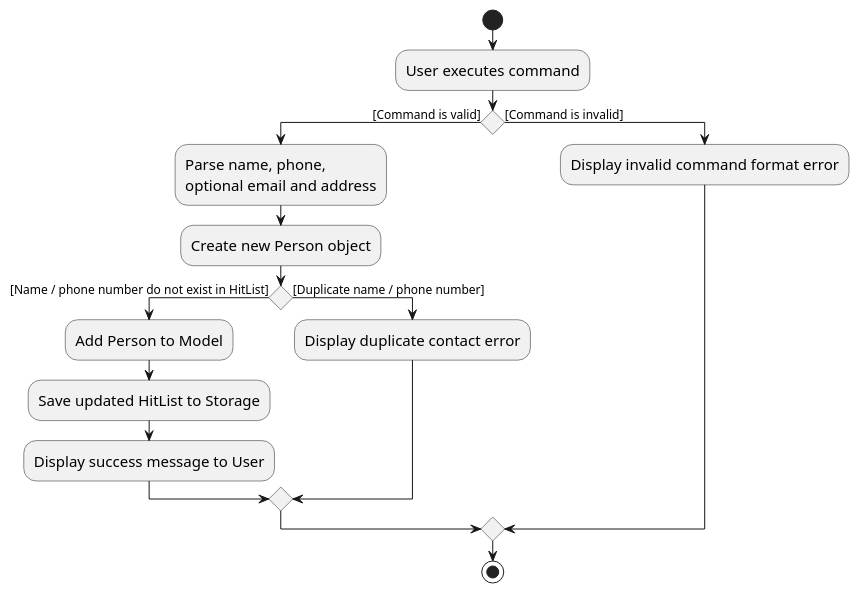
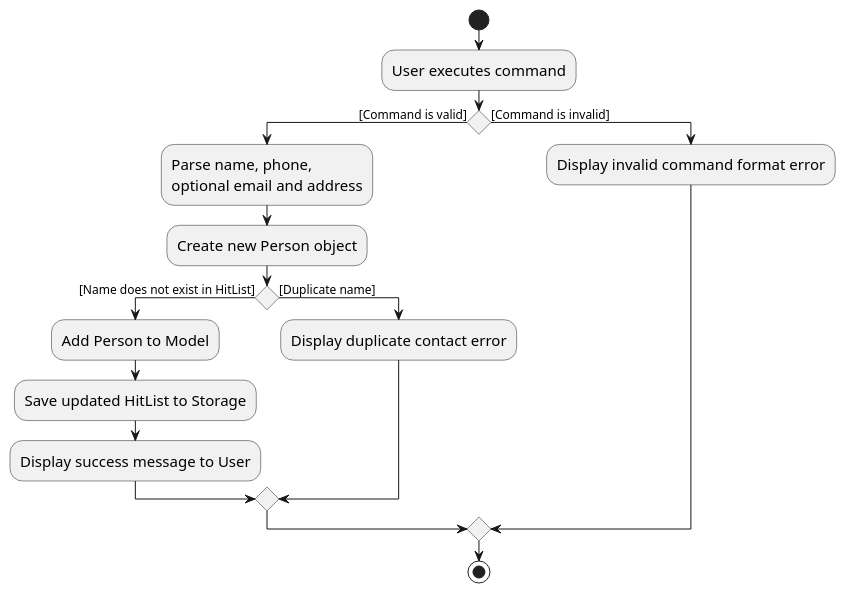
Before and after one commit to AY2526S2-CS2103T-W11-2/tp: the diagram in diagrams/add-person/PersonAddActivityDiagram.puml, drawn with PlantUML. The commit also changed 23 other files, not shown here.

```diff
--- a/diagrams/add-person/PersonAddActivityDiagram.puml
+++ b/diagrams/add-person/PersonAddActivityDiagram.puml
@@ -1,23 +1,23 @@
 @startuml
 skinparam ActivityFontSize 15
 skinparam ArrowFontSize 12
 
 start
 :User executes command;
 
 if () then ([Command is valid])
   :Parse name, phone,\noptional email and address;
   :Create new Person object;
-  if () then ([Name / phone number do not exist in HitList])
+  if () then ([Name does not exist in HitList])
     :Add Person to Model;
     :Save updated HitList to Storage;
     :Display success message to User;
-  else ([Duplicate name / phone number])
+  else ([Duplicate name])
     :Display duplicate contact error;
   endif
 else ([Command is invalid])
   :Display invalid command format error;
 endif
 
 stop
 @enduml
```
